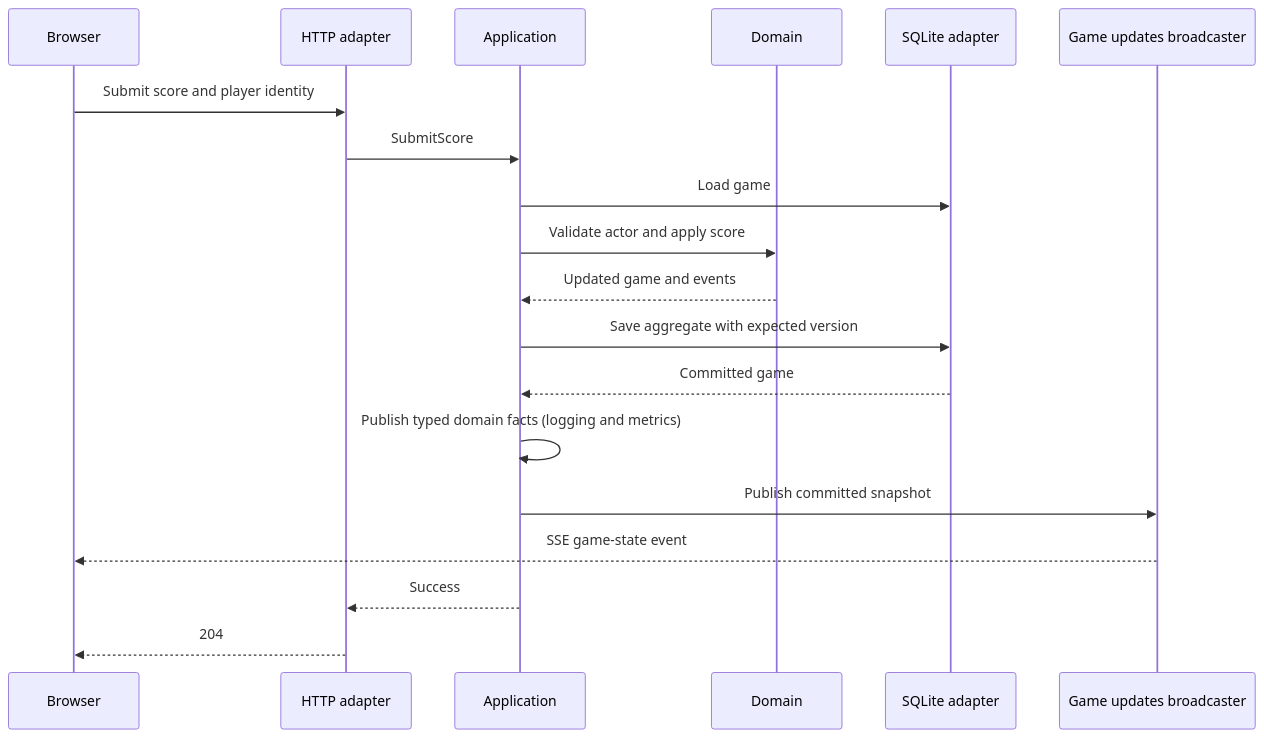
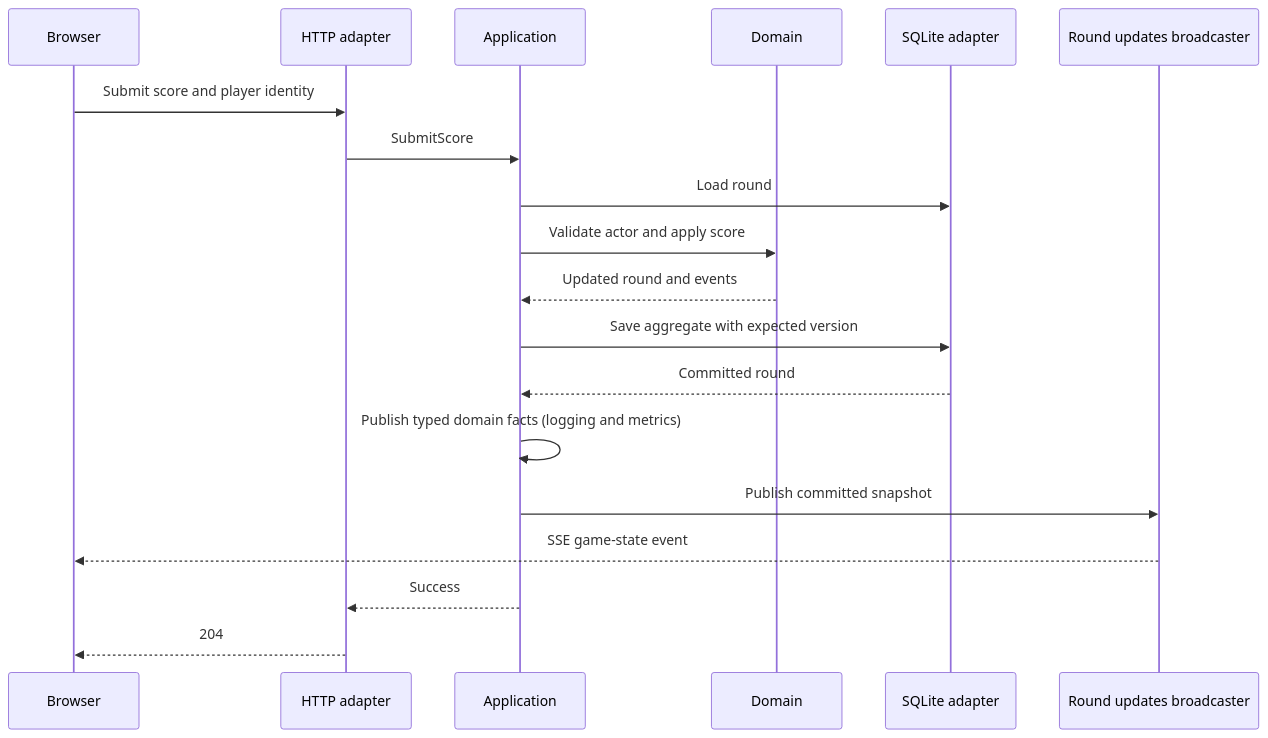
Before and after one commit to BenSuskins/pubgolf: the second of 3 diagrams in docs/ARCHITECTURE.md, drawn with Mermaid. The commit also changed other lines of this file and 52 other files, not shown here.

````diff
--- a/docs/ARCHITECTURE.md
+++ b/docs/ARCHITECTURE.md
@@ -45,21 +45,21 @@
 ```mermaid
 sequenceDiagram
     participant B as Browser
     participant H as HTTP adapter
     participant A as Application
     participant D as Domain
     participant S as SQLite adapter
-    participant L as Game updates broadcaster
+    participant L as Round updates broadcaster
     B->>H: Submit score and player identity
     H->>A: SubmitScore
-    A->>S: Load game
+    A->>S: Load round
     A->>D: Validate actor and apply score
-    D-->>A: Updated game and events
+    D-->>A: Updated round and events
     A->>S: Save aggregate with expected version
-    S-->>A: Committed game
+    S-->>A: Committed round
     A->>A: Publish typed domain facts (logging and metrics)
     A->>L: Publish committed snapshot
     L-->>B: SSE game-state event
     A-->>H: Success
     H-->>B: 204
 ```
````
